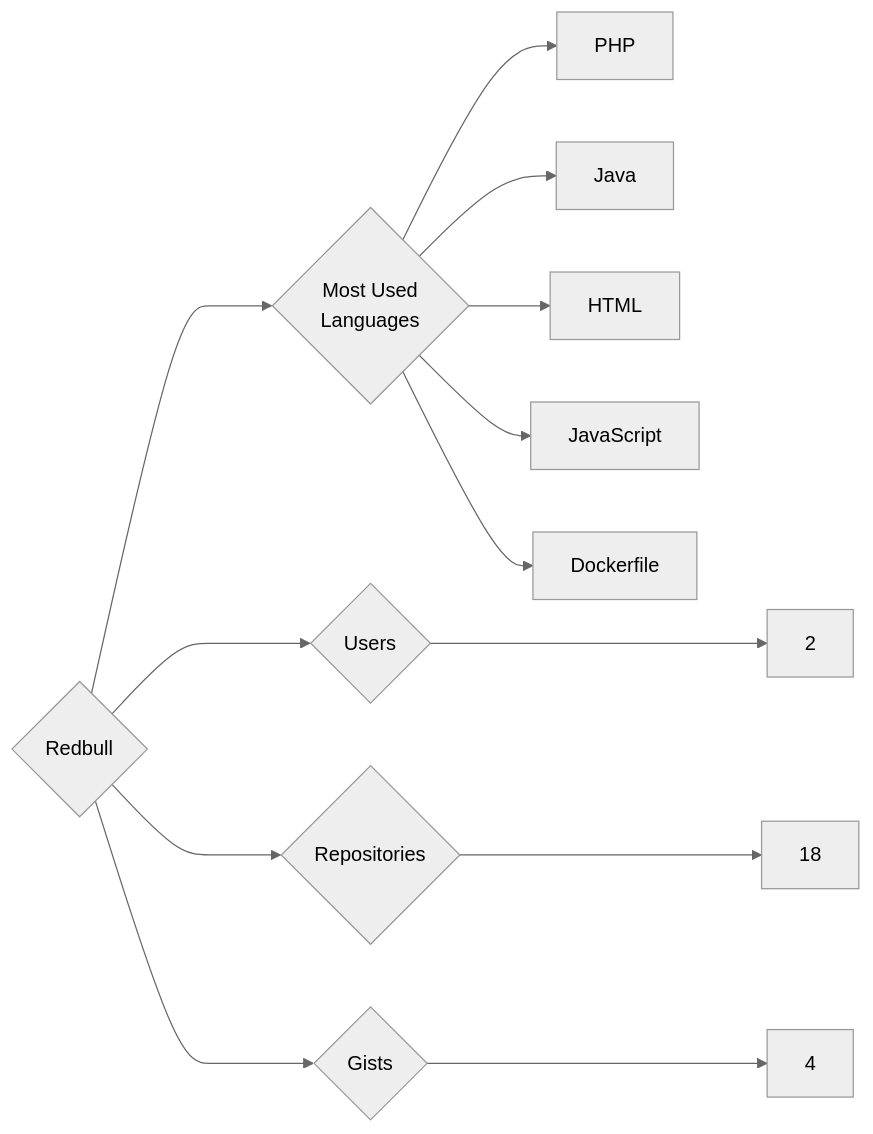
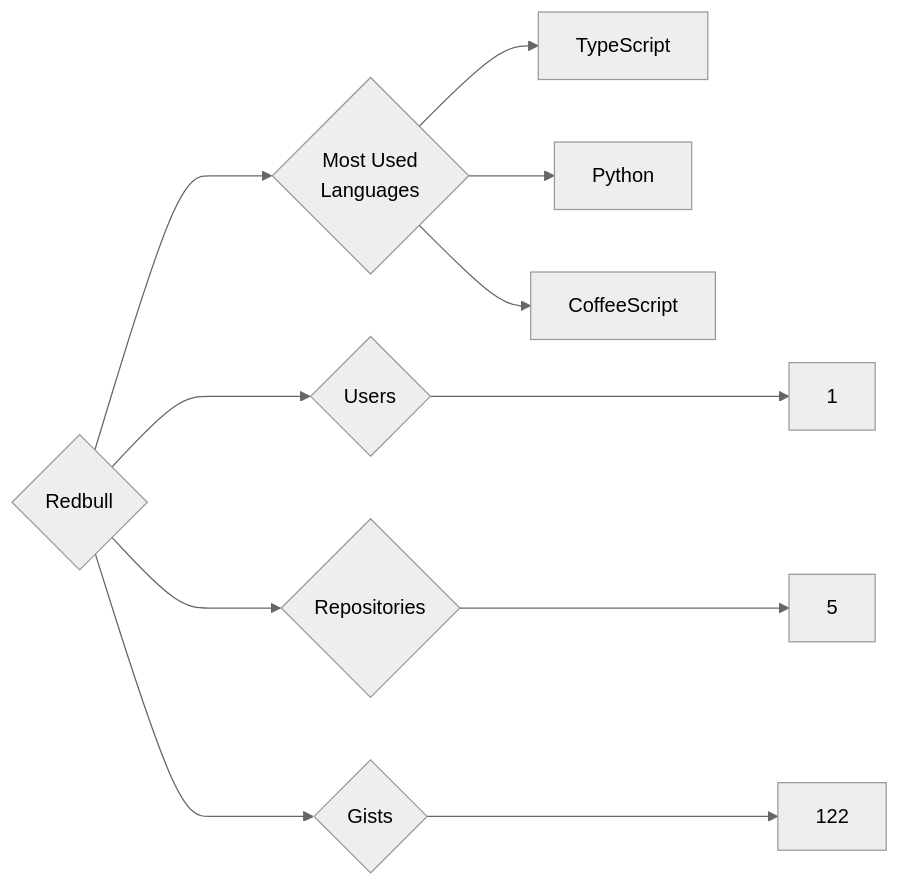
The diagram in targets/Redbull/README.md (trickest/insiders), drawn with Mermaid (neutral theme) before and after one commit. The commit also changed 871 other files, not shown here.

````diff
--- a/targets/Redbull/README.md
+++ b/targets/Redbull/README.md
@@ -3,13 +3,11 @@
 ```mermaid
 graph LR
 COMPANY_NAME{Redbull}
-COMPANY_NAME ---> U{Users} ---> UN[2]
-COMPANY_NAME ---> R{Repositories} ---> RN[18]
-COMPANY_NAME ---> G{Gists} ---> GN[4]
+COMPANY_NAME ---> U{Users} ---> UN[1]
+COMPANY_NAME ---> R{Repositories} ---> RN[5]
+COMPANY_NAME ---> G{Gists} ---> GN[122]
 COMPANY_NAME ---> ML{Most Used<br>Languages}
-ML --> PHP[PHP]
-ML --> Java[Java]
-ML --> HTML[HTML]
-ML --> JavaScript[JavaScript]
-ML --> Dockerfile[Dockerfile]
+ML --> TypeScript[TypeScript]
+ML --> Python[Python]
+ML --> CoffeeScript[CoffeeScript]
 ```
````
